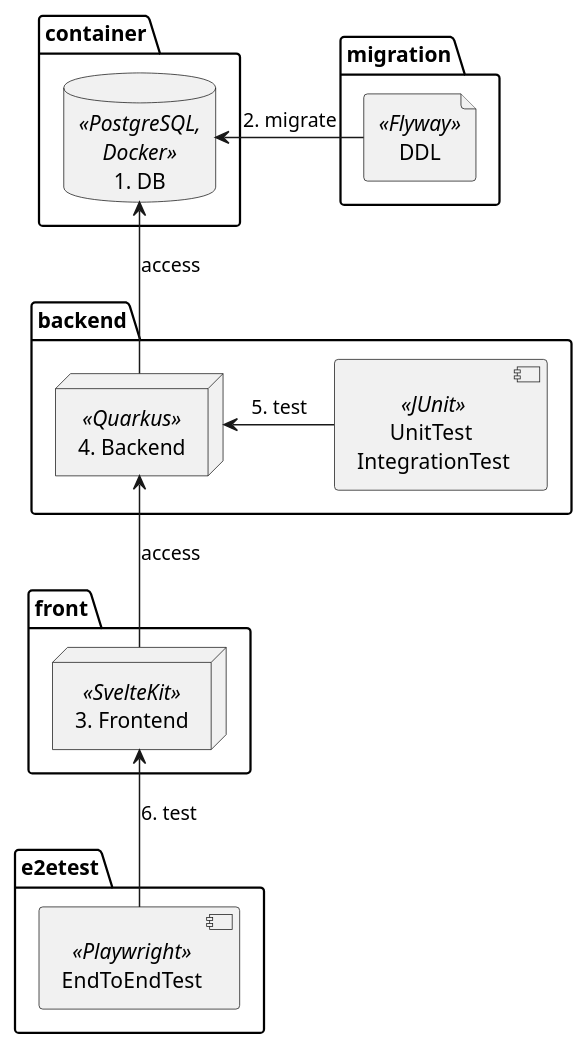
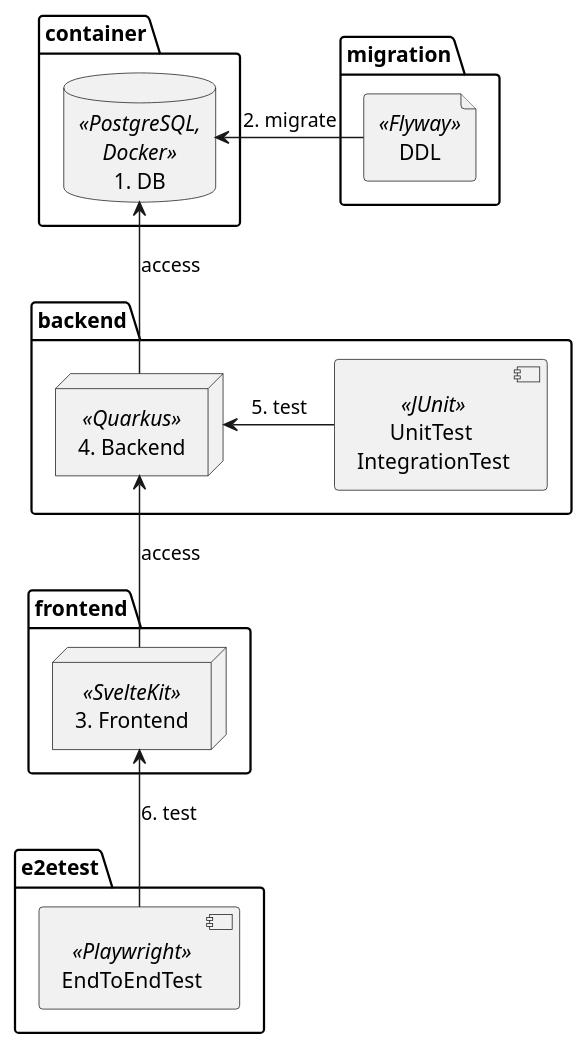
One commit to project-au-lait/svqk changed the diagram in svqk-doc/src/docs/asciidoc/ja/arch-desc/development/setup-process.pu. Above: the diagram before and after it, drawn with PlantUML. The commit also changed 1 other file, not shown here.

Commit message:
docs: rename front to front end

```diff
--- a/svqk-doc/src/docs/asciidoc/ja/arch-desc/development/setup-process.pu
+++ b/svqk-doc/src/docs/asciidoc/ja/arch-desc/development/setup-process.pu
@@ -1,32 +1,32 @@
 
 
 package container {
   database "1. DB" as DB <<PostgreSQL,\nDocker>>
 }
 
 
 package migration {
   file DDL <<Flyway>>
 }
 DDL -left-> DB: 2. migrate
 
 
 package backend {
   node "4. Backend" as Backend <<Quarkus>>
 
   component "      UnitTest\nIntegrationTest" <<JUnit>> as UIT
   UIT  -left-> Backend: 5. test
 }
 Backend -up-> DB: access
 
 
-package front {
+package frontend {
   node "3. Frontend" as Frontend <<SvelteKit>>
 }
 Frontend -up-> Backend: access
 
 
 package e2etest {
   component EndToEndTest <<Playwright>>
 }
 EndToEndTest -up-> Frontend: 6. test
```
